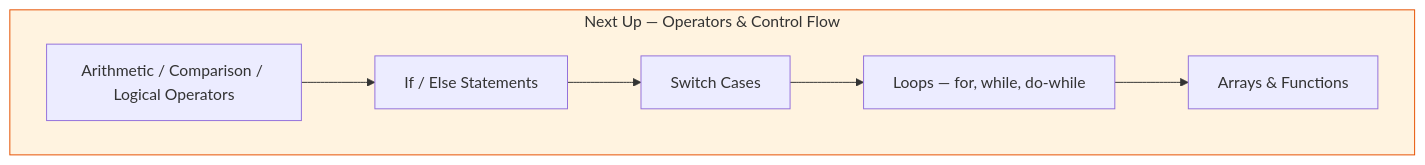
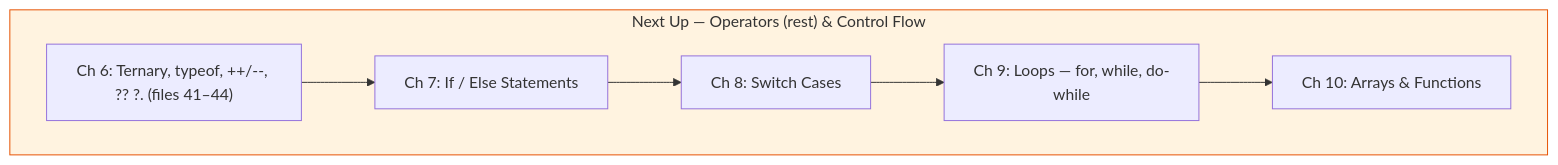
Diagram 18 of 20 in README.md (shinulearning/LearnPlaywright-Shinu), drawn with Mermaid before and after one commit. The commit also changed other lines of this file and 15 other files, not shown here.

````diff
--- a/README.md
+++ b/README.md
@@ -714,11 +966,11 @@
 ```mermaid
 graph TD
-    subgraph next["Next Up — Operators & Control Flow"]
-        N1[Arithmetic / Comparison / Logical Operators] --> N2[If / Else Statements]
-        N2 --> N3[Switch Cases]
-        N3 --> N4[Loops — for, while, do-while]
-        N4 --> N5[Arrays & Functions]
+    subgraph next["Next Up — Operators (rest) & Control Flow"]
+        N1["Ch 6: Ternary, typeof, ++/--, ?? ?. (files 41–44)"] --> N2[Ch 7: If / Else Statements]
+        N2 --> N3[Ch 8: Switch Cases]
+        N3 --> N4[Ch 9: Loops — for, while, do-while]
+        N4 --> N5[Ch 10: Arrays & Functions]
     end
 
     style next fill:#fff3e0,stroke:#e65100
 ```
````
